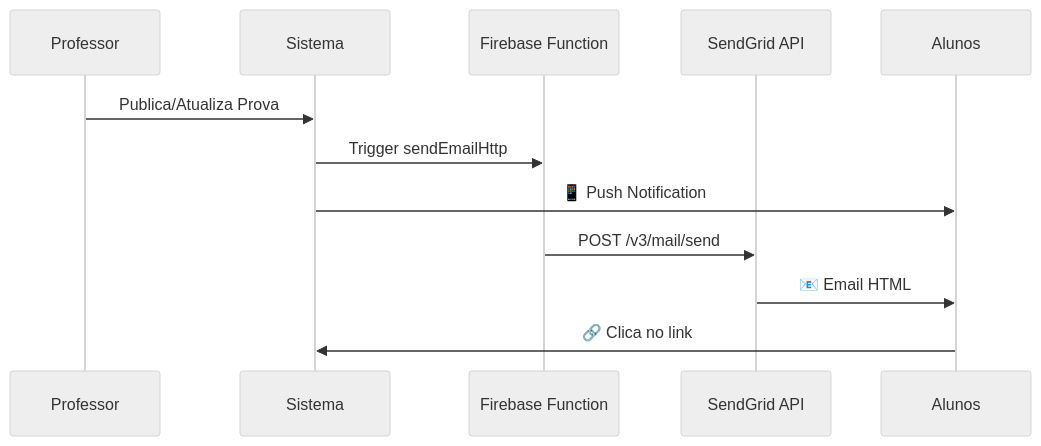
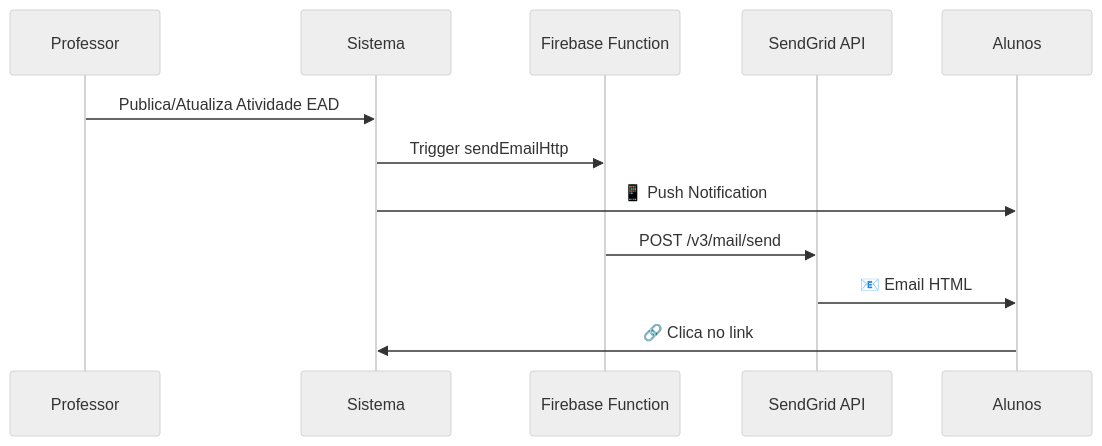
The third of 8 diagrams in MANUAL_SISTEMA.md (juliobitaraes/-), drawn with Mermaid (neutral theme) before and after one commit. The commit also changed other lines of this file and 11 other files, not shown here.

````diff
--- a/MANUAL_SISTEMA.md
+++ b/MANUAL_SISTEMA.md
@@ -205,15 +205,15 @@
 ```mermaid
 sequenceDiagram
     participant P as Professor
     participant S as Sistema
     participant F as Firebase Function
     participant SG as SendGrid API
     participant A as Alunos
     
-    P->>S: Publica/Atualiza Prova
+    P->>S: Publica/Atualiza Atividade EAD
     S->>F: Trigger sendEmailHttp
     S->>A: 📱 Push Notification
     F->>SG: POST /v3/mail/send
     SG->>A: 📧 Email HTML
     A->>S: 🔗 Clica no link
 ```
````
